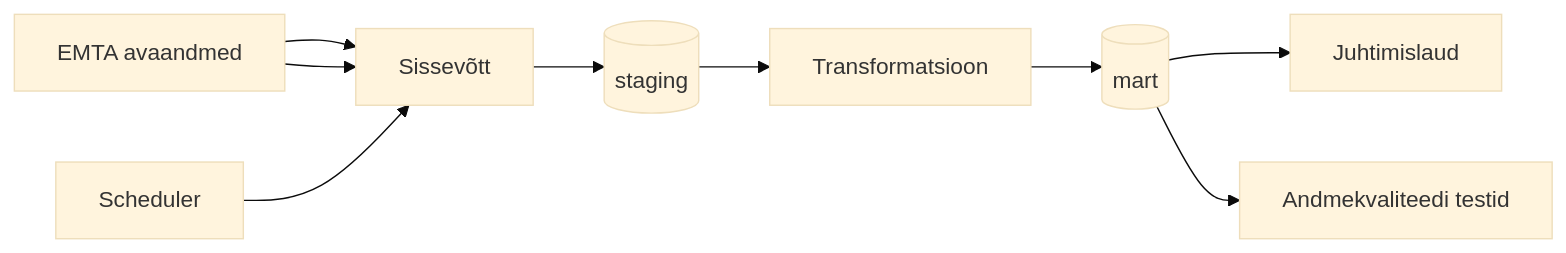
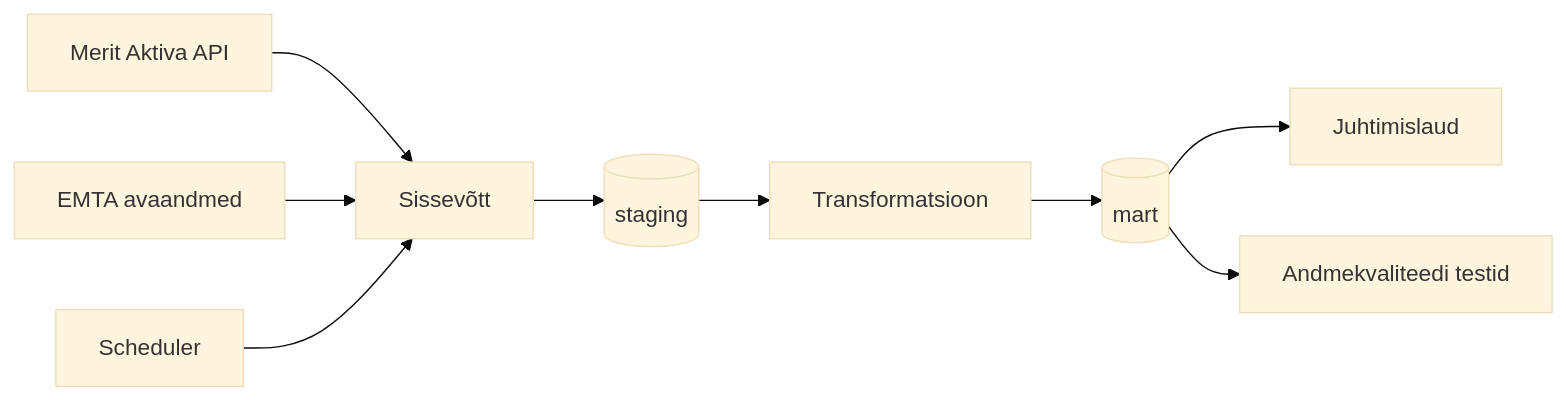
Before and after one commit to stev3ns/Ettevotja-juhtimislaud-projektitoo: the diagram in docs/arhitektuur.md, drawn with Mermaid (base theme).

````diff
--- a/docs/arhitektuur.md
+++ b/docs/arhitektuur.md
@@ -25,11 +25,11 @@
 ```mermaid
 flowchart LR
-    source[Merit Aktiva API] --> ingest[Sissevõtt]
-    source[EMTA avaandmed] --> ingest
+    source1[Merit Aktiva API] --> ingest[Sissevõtt]
+    source2[EMTA avaandmed] --> ingest
     ingest --> staging[(staging)]
     staging --> transform[Transformatsioon]
     transform --> mart[(mart)]
     mart --> dashboard[Juhtimislaud]
     mart --> quality[Andmekvaliteedi testid]
     scheduler[Scheduler] --> ingest
 ```
````
